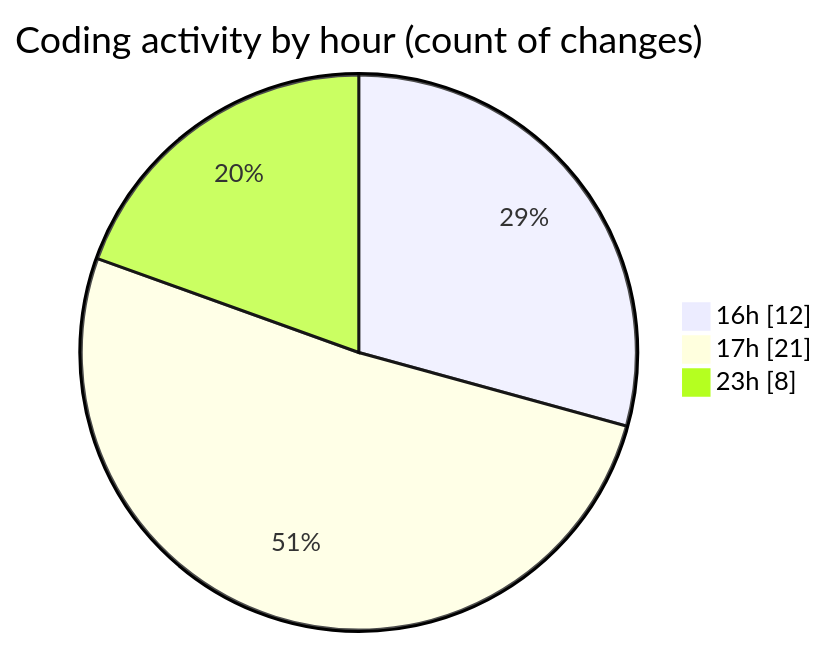
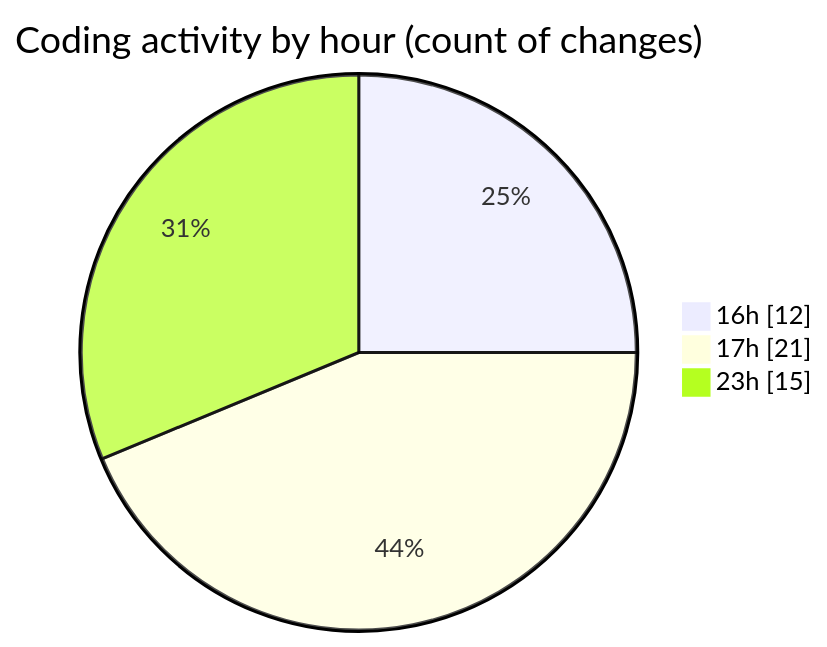
Before and after one commit to EIIisD/code-tracking: the second of 2 diagrams in 2025-08-05/tw-server/README.md, drawn with Mermaid. The commit also changed other lines of this file and 1 other file, not shown here.

````diff
--- a/2025-08-05/tw-server/README.md
+++ b/2025-08-05/tw-server/README.md
@@ -41,7 +41,7 @@
 ```mermaid
 pie showData
 title Coding activity by hour (count of changes)
 "16h" : 12
 "17h" : 21
-"23h" : 8
+"23h" : 15
 ```
````
